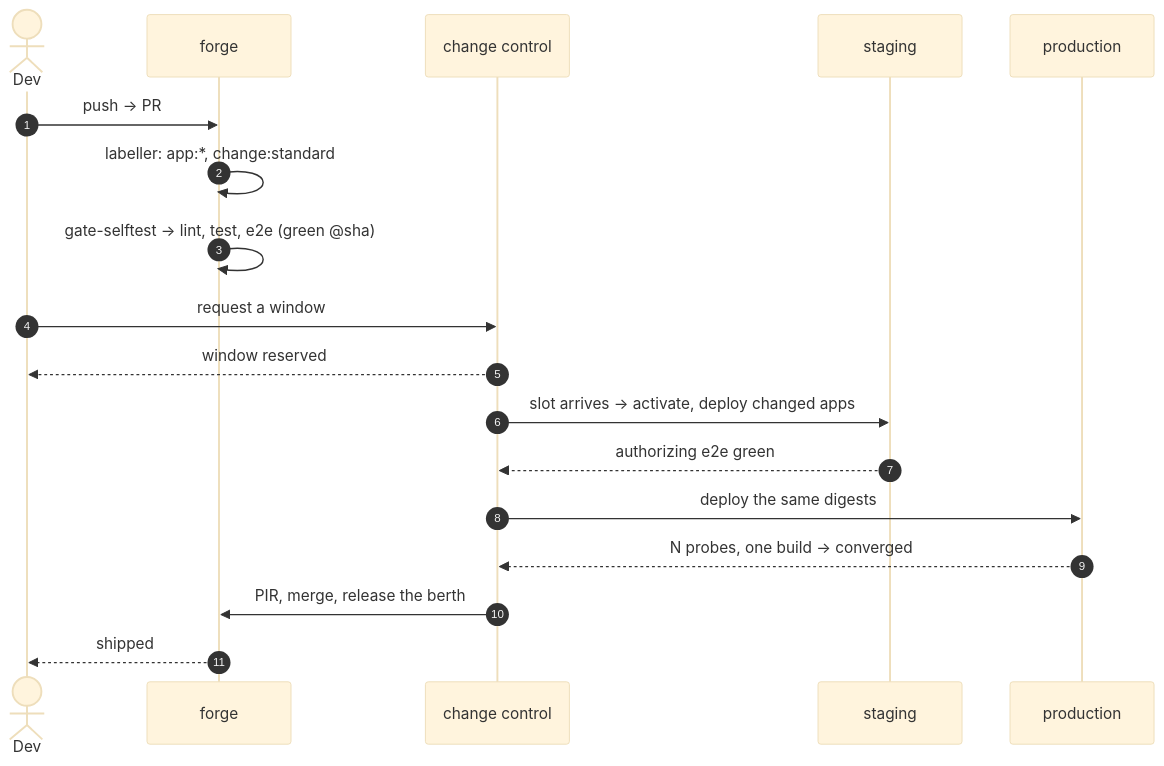
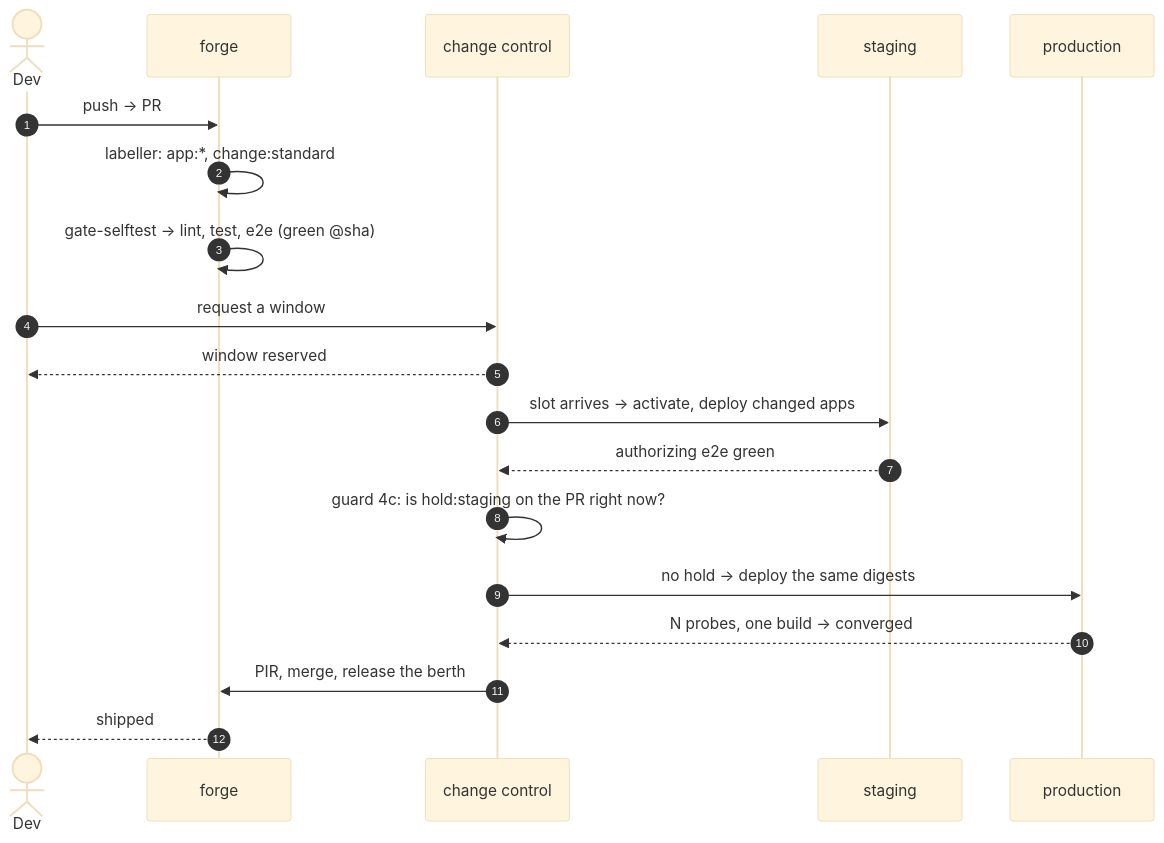
The second of 6 diagrams in README.org (aygp-dr/standard-change), drawn with Mermaid (base theme) before and after one commit. The commit also changed other lines of this file and 5 other files, not shown here.

```diff
--- a/README.org
+++ b/README.org
@@ -59,21 +67,22 @@
 #+begin_src mermaid :eval never-export
 sequenceDiagram
     autonumber
     actor Dev
     participant GH as forge
     participant IDP as change control
     participant Stg as staging
     participant Prod as production
 
     Dev->>GH: push -> PR
     GH->>GH: labeller: app:*, change:standard
     GH->>GH: gate-selftest -> lint, test, e2e (green @sha)
     Dev->>IDP: request a window
     IDP-->>Dev: window reserved
     IDP->>Stg: slot arrives -> activate, deploy changed apps
     Stg-->>IDP: authorizing e2e green
-    IDP->>Prod: deploy the same digests
+    IDP->>IDP: guard 4c: is hold:staging on the PR right now?
+    IDP->>Prod: no hold -> deploy the same digests
     Prod-->>IDP: N probes, one build -> converged
     IDP->>GH: PIR, merge, release the berth
     GH-->>Dev: shipped
 #+end_src
```
